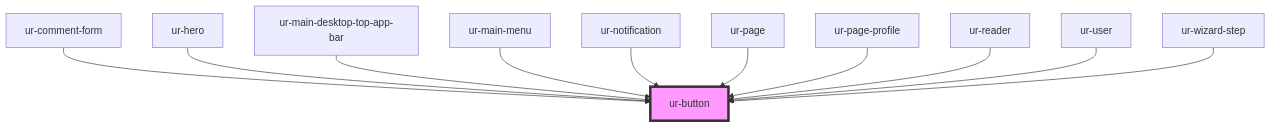
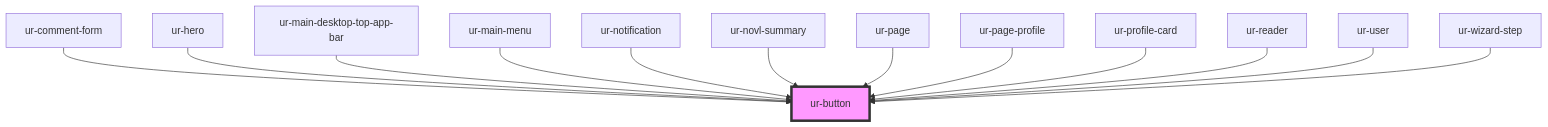
Before and after one commit to hellish/urnovl-web-components: the diagram in src/components/ur-button/readme.md, drawn with Mermaid. The commit also changed other lines of this file and 14 other files, not shown here.

````diff
--- a/src/components/ur-button/readme.md
+++ b/src/components/ur-button/readme.md
@@ -39,14 +41,16 @@
 ```mermaid
 graph TD;
   ur-comment-form --> ur-button
   ur-hero --> ur-button
   ur-main-desktop-top-app-bar --> ur-button
   ur-main-menu --> ur-button
   ur-notification --> ur-button
+  ur-novl-summary --> ur-button
   ur-page --> ur-button
   ur-page-profile --> ur-button
+  ur-profile-card --> ur-button
   ur-reader --> ur-button
   ur-user --> ur-button
   ur-wizard-step --> ur-button
   style ur-button fill:#f9f,stroke:#333,stroke-width:4px
 ```
````
